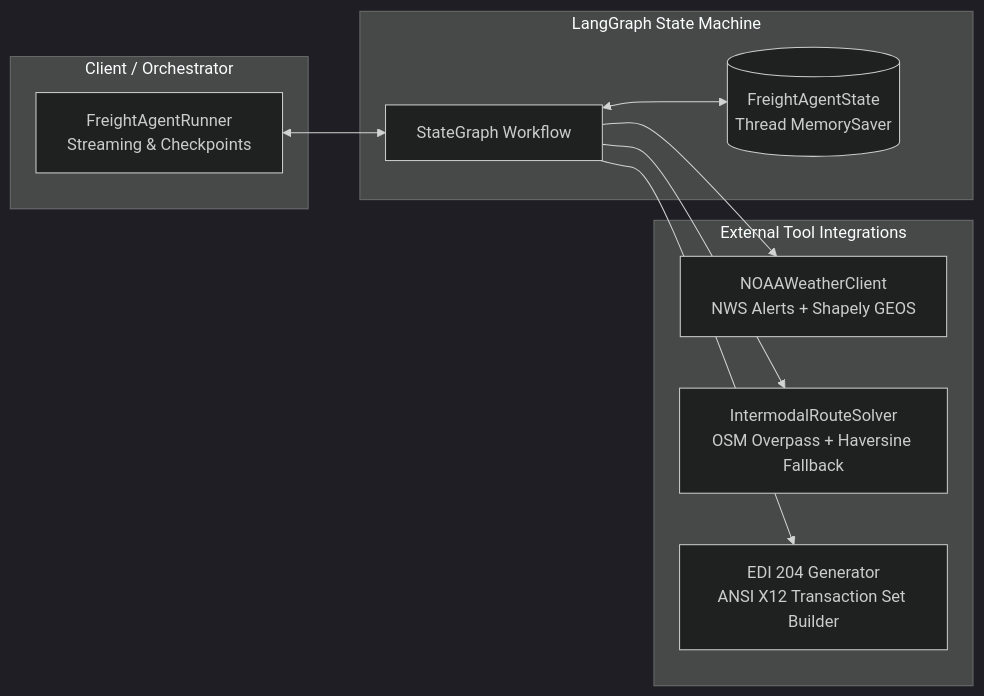
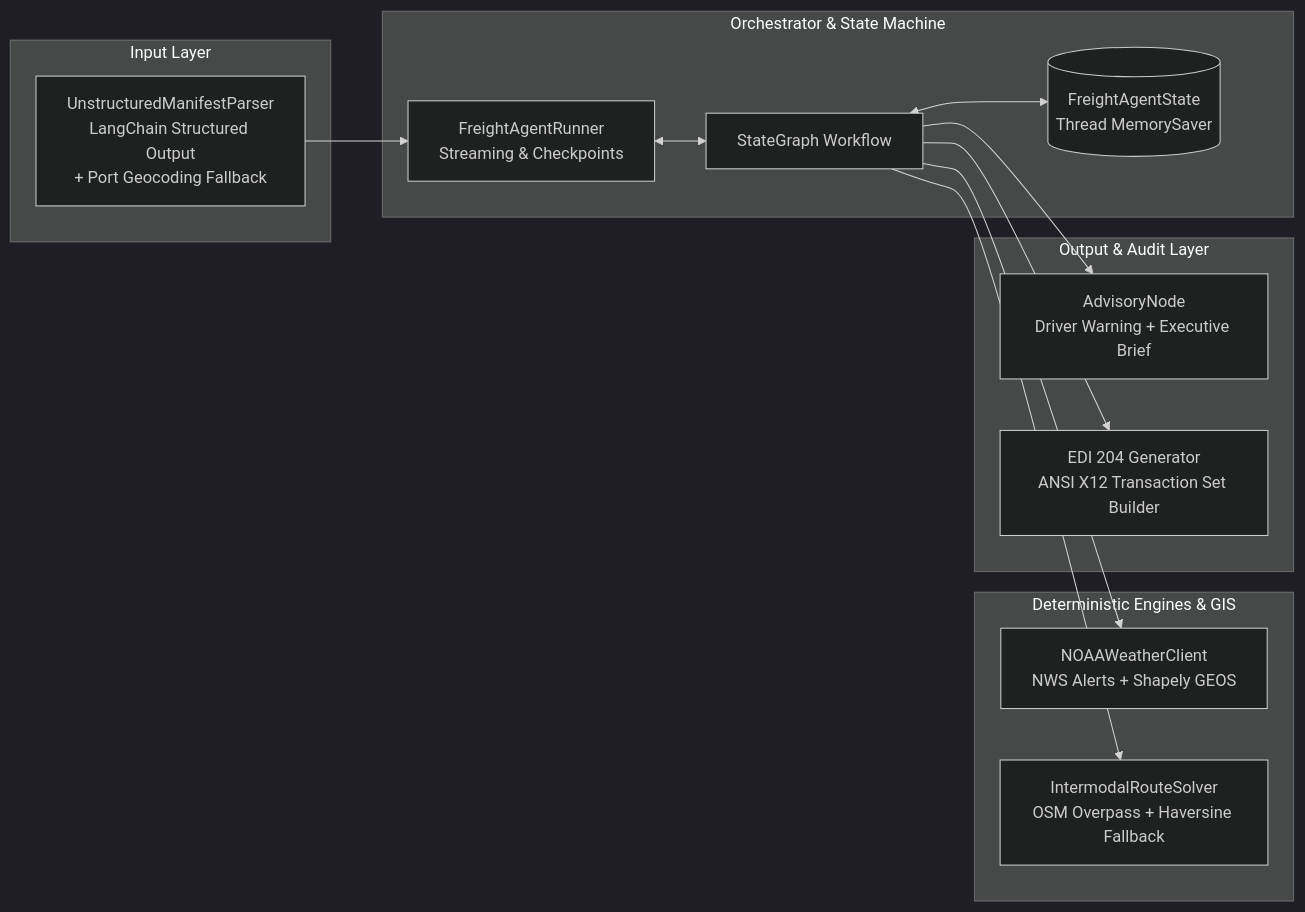
One commit to singhalkapil/freight-reroute-agent changed the second of 2 diagrams in README.md. Above: the diagram before and after it, drawn with Mermaid (dark theme). The commit also changed other lines of this file, not shown here.

Commit message:
docs: update architecture, GenAI additions, and usage examples in README

````diff
--- a/README.md
+++ b/README.md
@@ -81,23 +91,30 @@
 ```mermaid
 graph LR
-    subgraph Client / Orchestrator
-        Runner[FreightAgentRunner\nStreaming & Checkpoints]
+    subgraph Input Layer
+        Parser[UnstructuredManifestParser\nLangChain Structured Output\n+ Port Geocoding Fallback]
     end
 
-    subgraph LangGraph State Machine
+    subgraph Orchestrator & State Machine
+        Runner[FreightAgentRunner\nStreaming & Checkpoints]
         Graph[StateGraph Workflow]
         State[(FreightAgentState\nThread MemorySaver)]
     end
 
-    subgraph External Tool Integrations
+    subgraph Deterministic Engines & GIS
         NOAA[NOAAWeatherClient\nNWS Alerts + Shapely GEOS]
         Solver[IntermodalRouteSolver\nOSM Overpass + Haversine Fallback]
+    end
+
+    subgraph Output & Audit Layer
+        Advisory[AdvisoryNode\nDriver Warning + Executive Brief]
         EDI[EDI 204 Generator\nANSI X12 Transaction Set Builder]
     end
 
+    Parser --> Runner
     Runner <--> Graph
     Graph <--> State
     Graph --> NOAA
     Graph --> Solver
+    Graph --> Advisory
     Graph --> EDI
 ```
````
